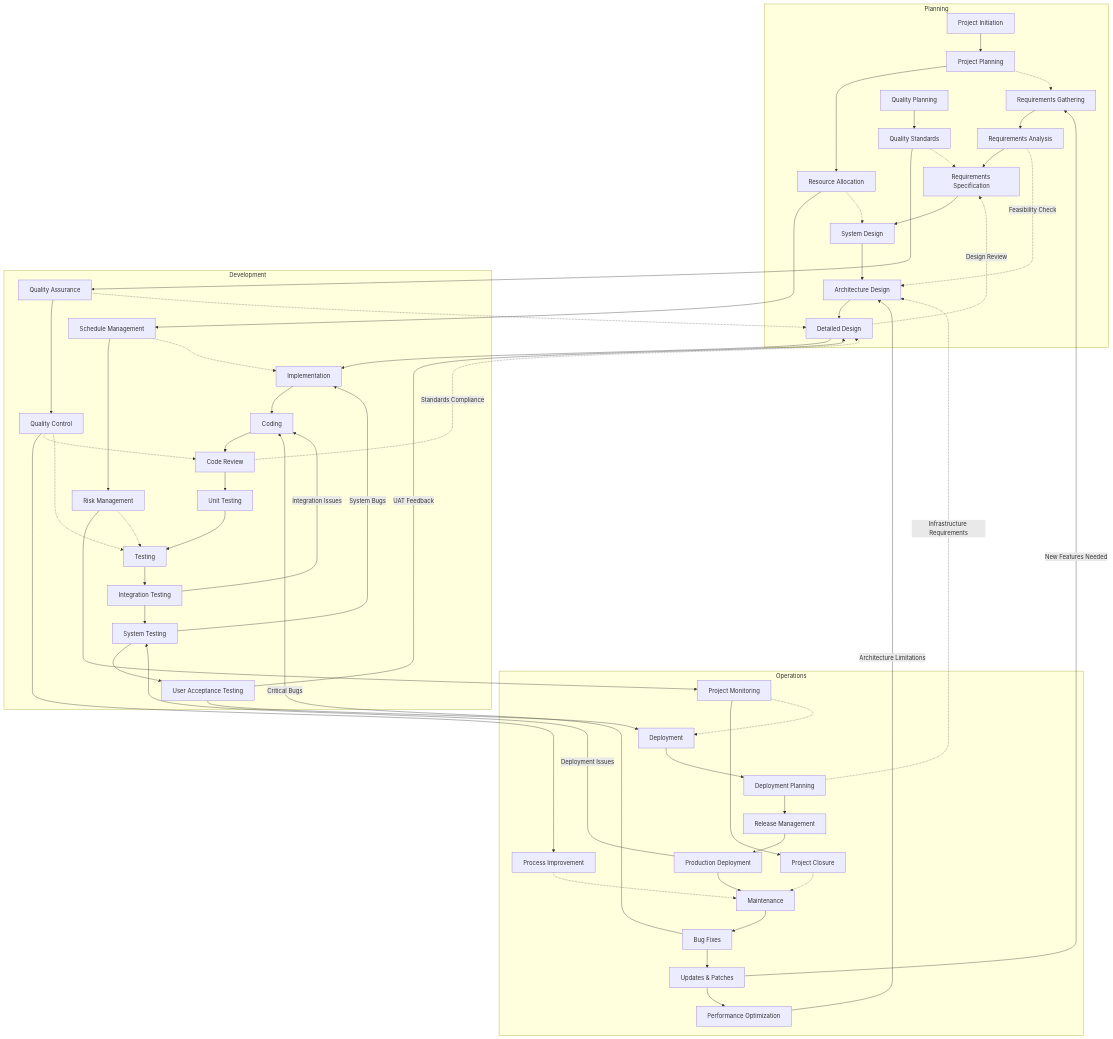
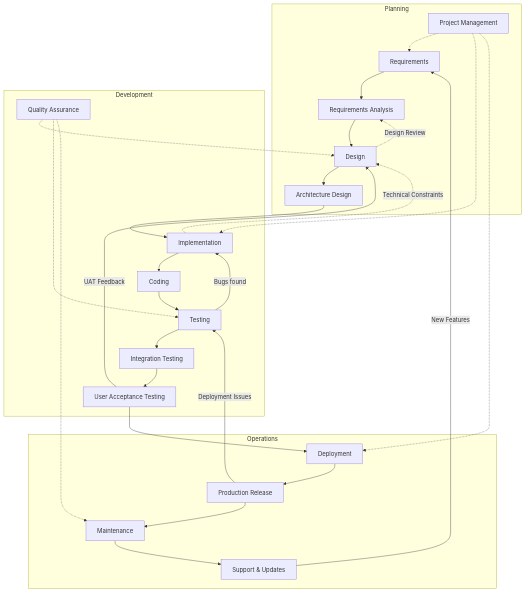
Before and after one commit to isauravmanitripathi/Animate-Mermaid-Chart: the diagram in temp-charts/mmd-images/image_10.mmd, drawn with Mermaid. The commit also changed 40 other files, not shown here.

```diff
--- a/temp-charts/mmd-images/image_10.mmd
+++ b/temp-charts/mmd-images/image_10.mmd
@@ -1,111 +1,59 @@
 flowchart TD
-
-    A[Requirements Gathering] --> A1[Requirements Analysis]
-    A1 --> A2[Requirements Specification]
-    A2 --> B[System Design]
+    %% Main Process Flow
+    A[Requirements] --> A1[Requirements Analysis]
+    A1 --> B[Design]
     B --> B1[Architecture Design]
-    B1 --> B2[Detailed Design]
-    B2 --> C[Implementation]
+    B1 --> C[Implementation]
     C --> C1[Coding]
-    C1 --> C2[Code Review]
-    C2 --> C3[Unit Testing]
-    C3 --> D[Testing]
+    C1 --> D[Testing]
     D --> D1[Integration Testing]
-    D1 --> D2[System Testing]
-    D2 --> D3[User Acceptance Testing]
-    D3 --> E[Deployment]
-    E --> E1[Deployment Planning]
-    E1 --> E2[Release Management]
-    E2 --> E3[Production Deployment]
-    E3 --> F[Maintenance]
-    F --> F1[Bug Fixes]
-    F1 --> F2[Updates & Patches]
-    F2 --> F3[Performance Optimization]
+    D1 --> D2[User Acceptance Testing]
+    D2 --> E[Deployment]
+    E --> E1[Production Release]
+    E1 --> F[Maintenance]
+    F --> F1[Support & Updates]
     
-
-    D1 -->|Integration Issues| C1
-    D2 -->|System Bugs| C
-    D3 -->|UAT Feedback| B2
-    E3 -->|Deployment Issues| D2
-    F1 -->|Critical Bugs| C1
-    F2 -->|New Features Needed| A
-    F3 -->|Architecture Limitations| B1
+    %% Feedback Loops
+    D -->|Bugs found| C
+    D2 -->|UAT Feedback| B
+    E1 -->|Deployment Issues| D
+    F1 -->|New Features| A
     
-
-    A1 -.->|Feasibility Check| B1
-    B2 -.->|Design Review| A2
-    C2 -.->|Standards Compliance| B2
-    E1 -.->|Infrastructure Requirements| B1
+    %% Cross-connections
+    B -.->|Design Review| A1
+    C -.->|Technical Constraints| B
     
-
-    PM[Project Initiation] --> PM1[Project Planning]
-    PM1 --> PM2[Resource Allocation]
-    PM2 --> PM3[Schedule Management]
-    PM3 --> PM4[Risk Management]
-    PM4 --> PM5[Project Monitoring]
-    PM5 --> PM6[Project Closure]
+    %% Project Management
+    PM[Project Management] -.-> A
+    PM -.-> C
+    PM -.-> E
     
-
-    PM1 -.-> A
-    PM2 -.-> B
-    PM3 -.-> C
-    PM4 -.-> D
-    PM5 -.-> E
-    PM6 -.-> F
+    %% Quality Assurance
+    QA[Quality Assurance] -.-> B
+    QA -.-> D
+    QA -.-> F
     
-
-    QA[Quality Planning] --> QA1[Quality Standards]
-    QA1 --> QA2[Quality Assurance]
-    QA2 --> QA3[Quality Control]
-    QA3 --> QA4[Process Improvement]
-    
-
-    QA1 -.-> A2
-    QA2 -.-> B2
-    QA3 -.-> C2
-    QA3 -.-> D
-    QA4 -.-> F
-    
-
+    %% Subgraphs
     subgraph Planning
     A
     A1
-    A2
     B
     B1
-    B2
     PM
-    PM1
-    PM2
-    QA
-    QA1
     end
     
     subgraph Development
     C
     C1
-    C2
-    C3
     D
     D1
     D2
-    D3
-    PM3
-    PM4
-    QA2
-    QA3
+    QA
     end
     
     subgraph Operations
     E
     E1
-    E2
-    E3
     F
     F1
-    F2
-    F3
-    PM5
-    PM6
-    QA4
     end
```
